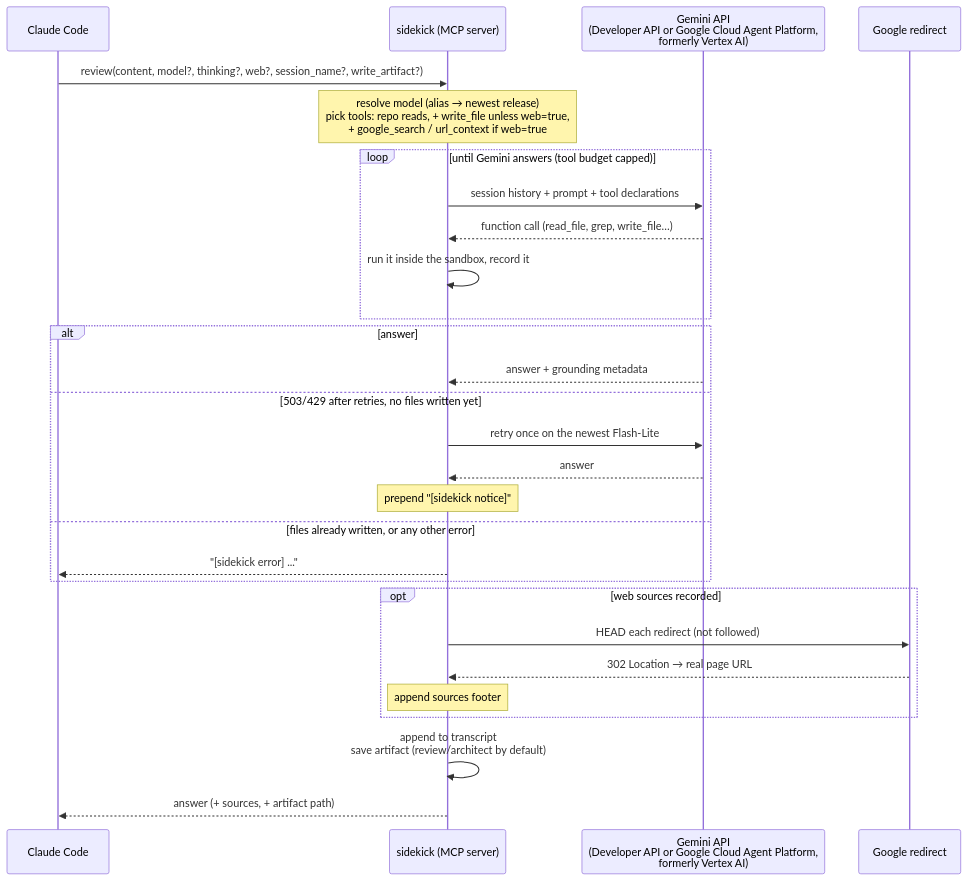
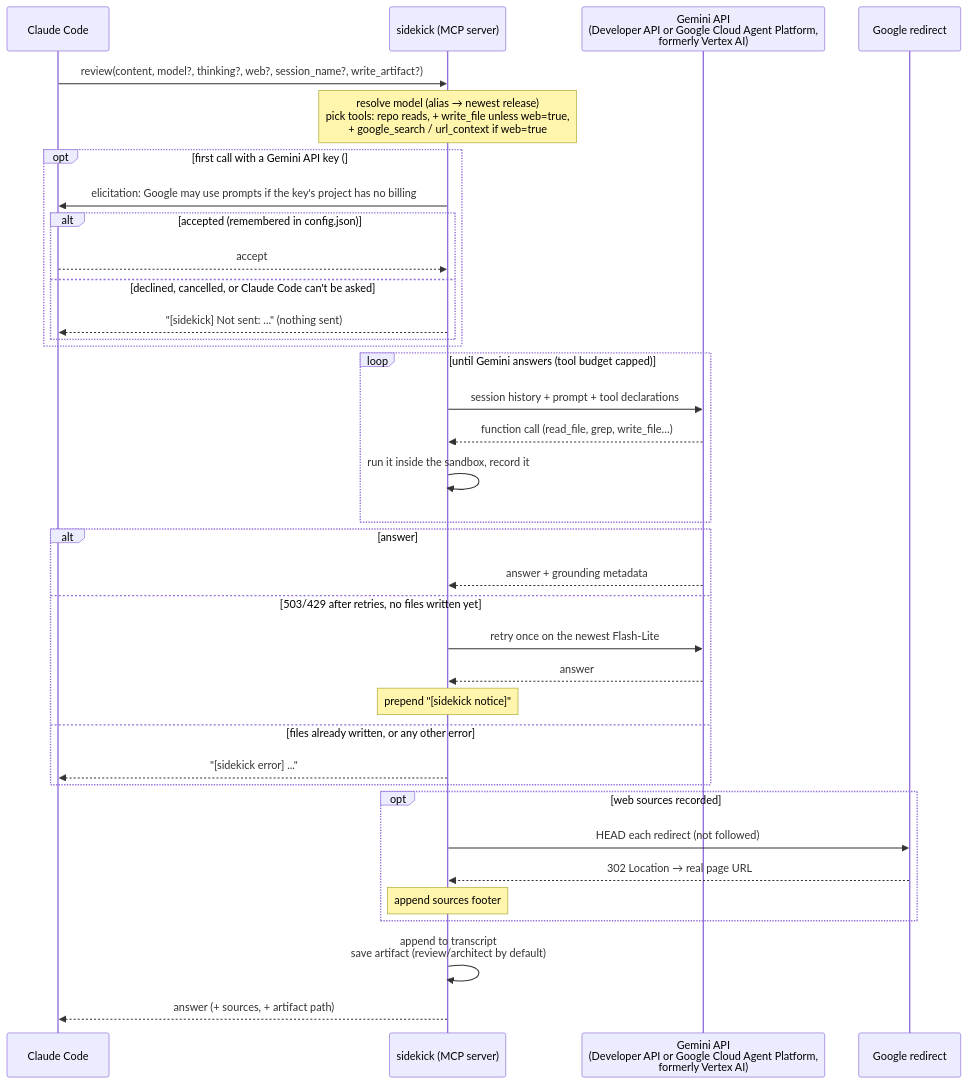
The diagram in docs/diagrams/request-flow.mermaid (FlintAndFilament/sidekick), drawn with Mermaid before and after one commit. The commit also changed 20 other files, not shown here.

```diff
--- a/docs/diagrams/request-flow.mermaid
+++ b/docs/diagrams/request-flow.mermaid
@@ -1,29 +1,37 @@
 sequenceDiagram
     participant CC as Claude Code
     participant S as sidekick (MCP server)
     participant G as Gemini API<br/>(Developer API or Google Cloud Agent Platform,<br/>formerly Vertex AI)
     participant R as Google redirect
 
     CC->>S: review(content, model?, thinking?, web?, session_name?, write_artifact?)
     Note over S: resolve model (alias → newest release)<br/>pick tools: repo reads, + write_file unless web=true,<br/>+ google_search / url_context if web=true
+    opt first call with a Gemini API key (#142)
+        S->>CC: elicitation: Google may use prompts if the key's project has no billing
+        alt accepted (remembered in config.json)
+            CC-->>S: accept
+        else declined, cancelled, or Claude Code can't be asked
+            S-->>CC: "[sidekick] Not sent: ..." (nothing sent)
+        end
+    end
     loop until Gemini answers (tool budget capped)
         S->>G: session history + prompt + tool declarations
         G-->>S: function call (read_file, grep, write_file…)
         S->>S: run it inside the sandbox, record it
     end
     alt answer
         G-->>S: answer + grounding metadata
     else 503/429 after retries, no files written yet
         S->>G: retry once on the newest Flash-Lite
         G-->>S: answer
         Note over S: prepend "[sidekick notice]"
     else files already written, or any other error
         S-->>CC: "[sidekick error] ..."
     end
     opt web sources recorded
         S->>R: HEAD each redirect (not followed)
         R-->>S: 302 Location → real page URL
         Note over S: append sources footer
     end
     S->>S: append to transcript<br/>save artifact (review/architect by default)
     S-->>CC: answer (+ sources, + artifact path)
```
